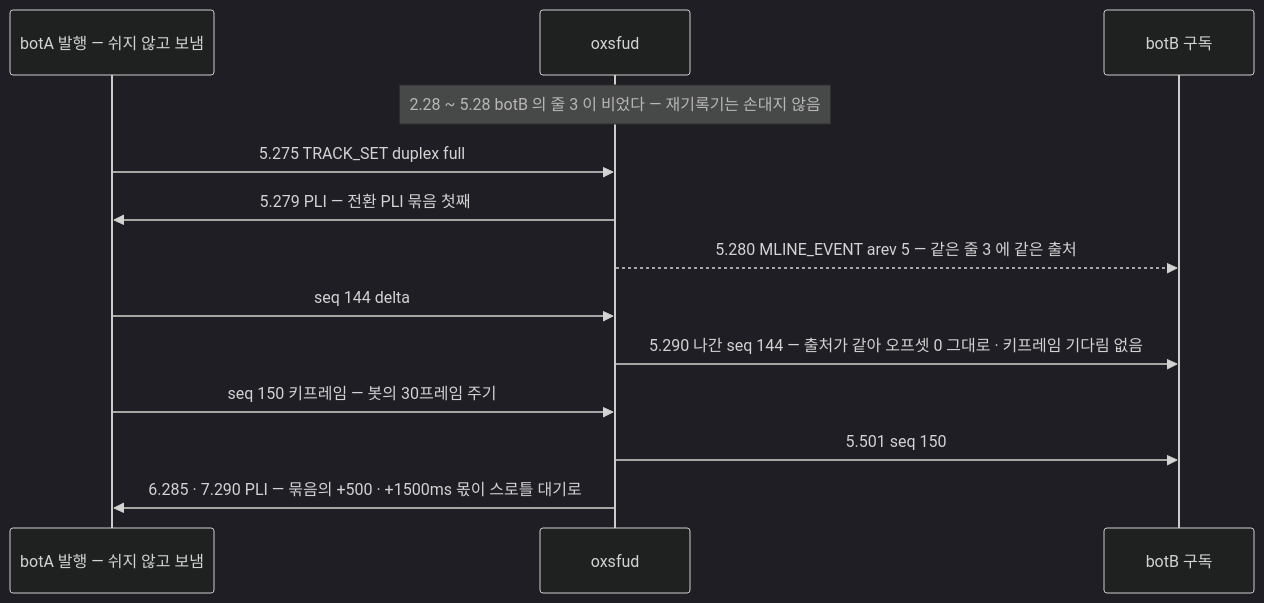
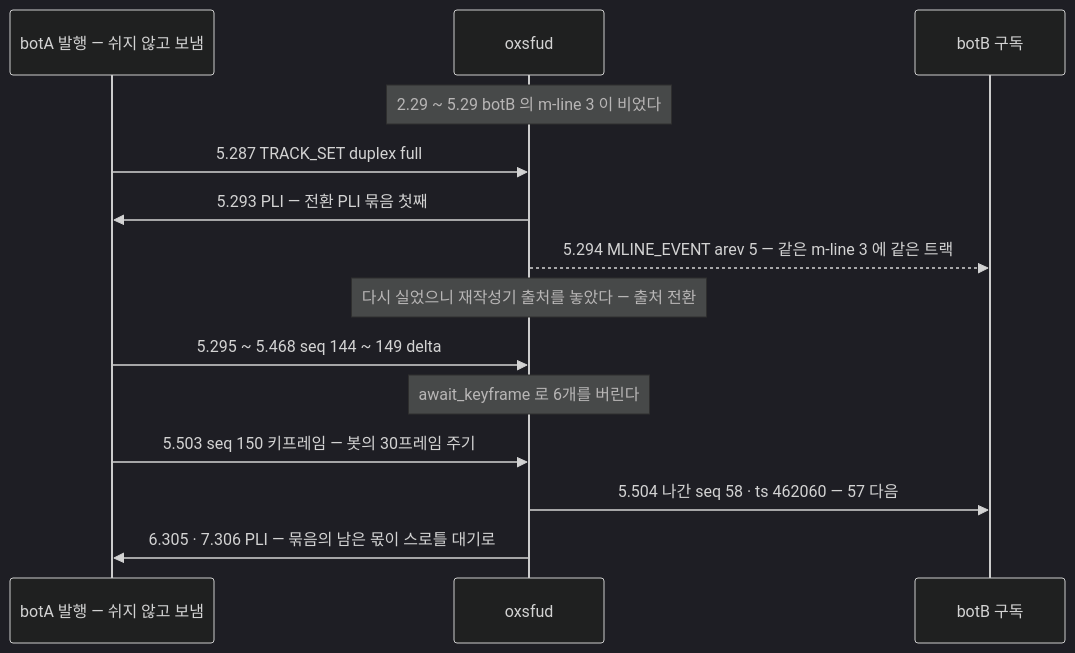
Before and after one commit to kodeholic9/oxlens-sfu: the fourth of 4 diagrams in docs/learn/06_TRACK_ATTRS.md, drawn with Mermaid (dark theme). The commit also changed other lines of this file and 19 other files, not shown here.

````diff
--- a/docs/learn/06_TRACK_ATTRS.md
+++ b/docs/learn/06_TRACK_ATTRS.md
@@ -183,15 +202,16 @@
 ```mermaid
 sequenceDiagram
   participant A as botA 발행 — 쉬지 않고 보냄
   participant S as oxsfud
   participant B as botB 구독
-  Note over S: 2.28 ~ 5.28 botB 의 줄 3 이 비었다 — 재기록기는 손대지 않음
-  A->>S: 5.275 TRACK_SET duplex full
-  S->>A: 5.279 PLI — 전환 PLI 묶음 첫째
-  S-->>B: 5.280 MLINE_EVENT arev 5 — 같은 줄 3 에 같은 출처
-  A->>S: seq 144 delta
-  S->>B: 5.290 나간 seq 144 — 출처가 같아 오프셋 0 그대로 · 키프레임 기다림 없음
-  A->>S: seq 150 키프레임 — 봇의 30프레임 주기
-  S->>B: 5.501 seq 150
-  S->>A: 6.285 · 7.290 PLI — 묶음의 +500 · +1500ms 몫이 스로틀 대기로
+  Note over S: 2.29 ~ 5.29 botB 의 m-line 3 이 비었다
+  A->>S: 5.287 TRACK_SET duplex full
+  S->>A: 5.293 PLI — 전환 PLI 묶음 첫째
+  S-->>B: 5.294 MLINE_EVENT arev 5 — 같은 m-line 3 에 같은 트랙
+  Note over S: 다시 실었으니 재작성기 출처를 놓았다 — 출처 전환
+  A->>S: 5.295 ~ 5.468 seq 144 ~ 149 delta
+  Note over S: await_keyframe 로 6개를 버린다
+  A->>S: 5.503 seq 150 키프레임 — 봇의 30프레임 주기
+  S->>B: 5.504 나간 seq 58 · ts 462060 — 57 다음
+  S->>A: 6.305 · 7.306 PLI — 묶음의 남은 몫이 스로틀 대기로
 ```
````
